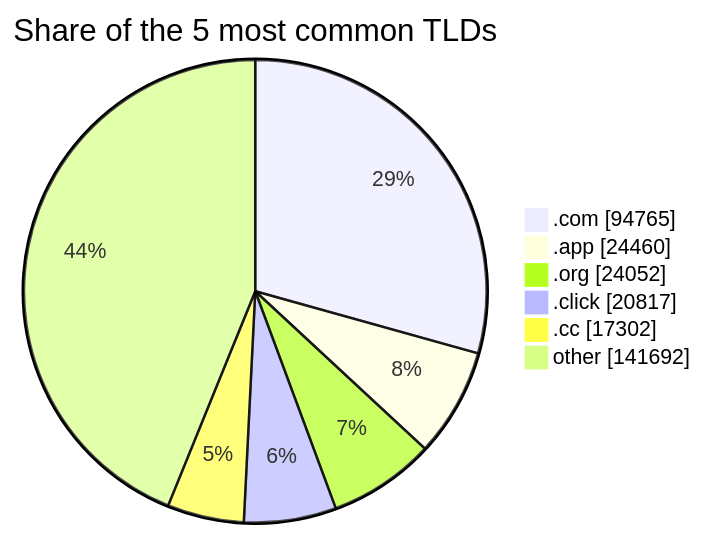
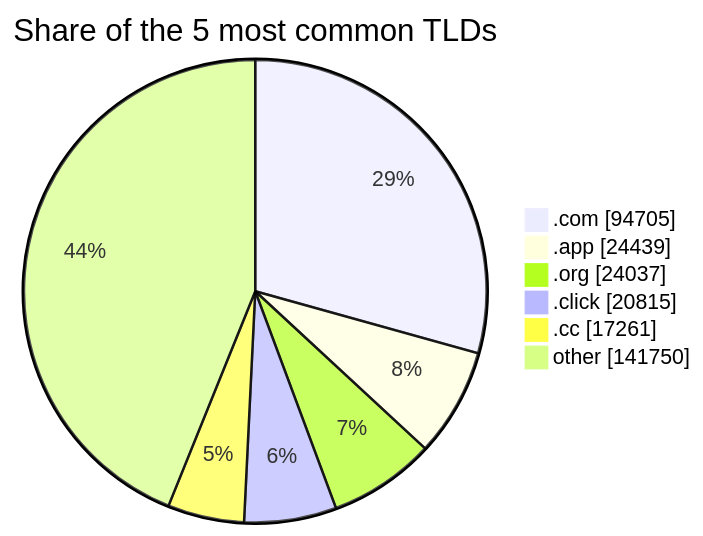
One commit to DNSBunker/CTI changed the third of 3 diagrams in README.md. Above: the diagram before and after it, drawn with Mermaid. The commit also changed other lines of this file and 4 other files, not shown here.

````diff
--- a/README.md
+++ b/README.md
@@ -81,9 +81,9 @@
 ```mermaid
 pie showData title Share of the 5 most common TLDs
-    ".com" : 94765
-    ".app" : 24460
-    ".org" : 24052
-    ".click" : 20817
-    ".cc" : 17302
-    "other" : 141692
+    ".com" : 94705
+    ".app" : 24439
+    ".org" : 24037
+    ".click" : 20815
+    ".cc" : 17261
+    "other" : 141750
 ```
````
